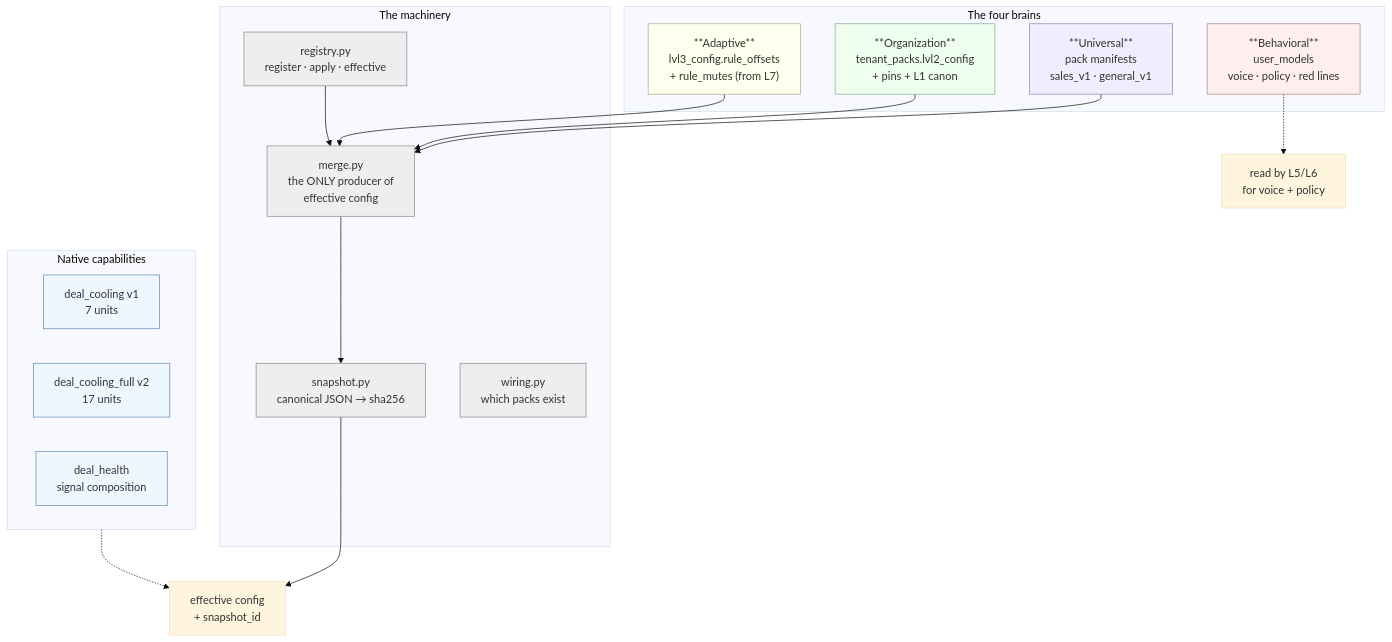
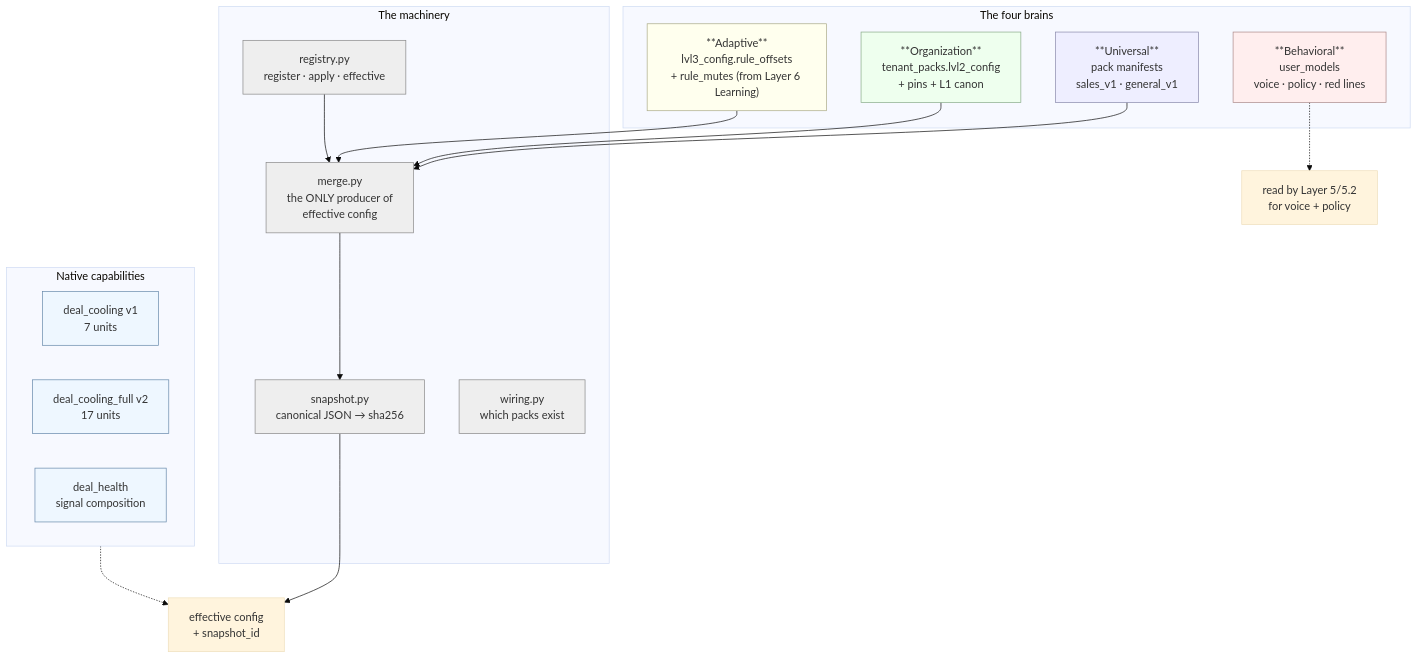
The first of 4 diagrams in System Design/Layer-3-Domain-Expertise/00-Overview.md (themoronss/genios-brain), drawn with Mermaid (base theme) before and after one commit. The commit also changed other lines of this file and 316 other files, not shown here.

````diff
--- a/System Design/Layer-3-Domain-Expertise/00-Overview.md
+++ b/System Design/Layer-3-Domain-Expertise/00-Overview.md
@@ -70,37 +70,37 @@
 ```mermaid
 flowchart TB
     subgraph B ["The four brains"]
         b1["**Universal**<br/>pack manifests<br/>sales_v1 · general_v1"]:::u
         b2["**Organization**<br/>tenant_packs.lvl2_config<br/>+ pins + L1 canon"]:::o
         b3["**Behavioral**<br/>user_models<br/>voice · policy · red lines"]:::h
-        b4["**Adaptive**<br/>lvl3_config.rule_offsets<br/>+ rule_mutes (from L7)"]:::a
+        b4["**Adaptive**<br/>lvl3_config.rule_offsets<br/>+ rule_mutes (from Layer 6 Learning)"]:::a
     end
 
     subgraph M ["The machinery"]
         m1["merge.py<br/>the ONLY producer of<br/>effective config"]:::m
         m2["snapshot.py<br/>canonical JSON → sha256"]:::m
         m3["registry.py<br/>register · apply · effective"]:::m
         m4["wiring.py<br/>which packs exist"]:::m
     end
 
     subgraph C ["Native capabilities"]
         c1["deal_cooling v1<br/>7 units"]:::c
         c2["deal_cooling_full v2<br/>17 units"]:::c
         c3["deal_health<br/>signal composition"]:::c
     end
 
     b1 --> m1
     b2 --> m1
     b4 --> m1
     m1 --> m2 --> OUT["effective config<br/>+ snapshot_id"]
     m3 --> m1
     C -.-> OUT
-    b3 -.-> L5["read by L5/L6<br/>for voice + policy"]
+    b3 -.-> L5["read by Layer 5/5.2<br/>for voice + policy"]
 
     classDef u fill:#eef,stroke:#88a
     classDef o fill:#efe,stroke:#8a8
     classDef h fill:#fee,stroke:#a88
     classDef a fill:#ffe,stroke:#aa8
     classDef m fill:#eee,stroke:#888
     classDef c fill:#eef7ff,stroke:#68a
 ```
````
